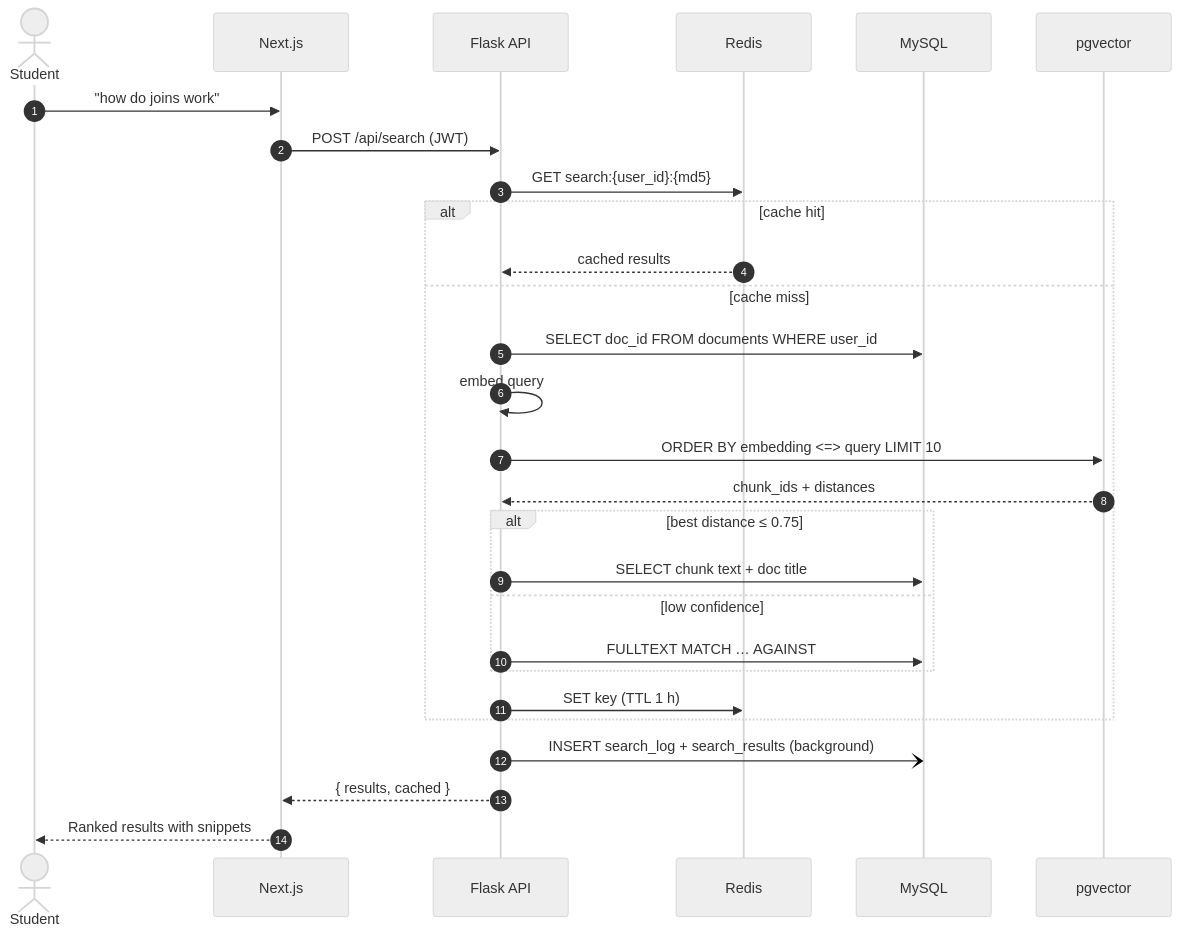
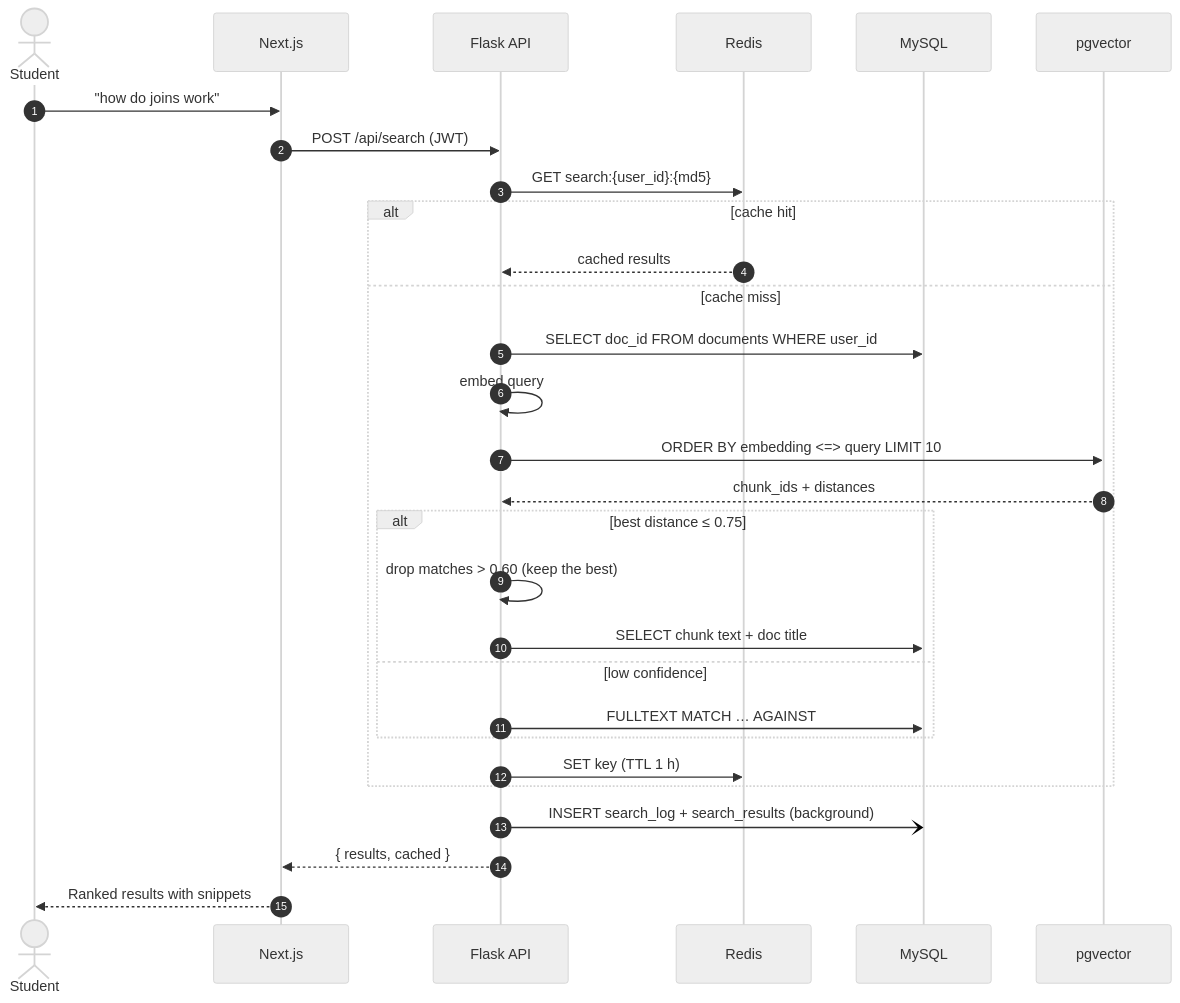
One commit to TahirSiddique092/prism changed the eighth of 8 diagrams in docs/data/nosql-schema.md. Above: the diagram before and after it, drawn with Mermaid (neutral theme). The commit also changed other lines of this file and 10 other files, not shown here.

````diff
--- a/docs/data/nosql-schema.md
+++ b/docs/data/nosql-schema.md
@@ -399,31 +400,32 @@
 ```mermaid
 sequenceDiagram
     autonumber
     actor S as Student
     participant FE as Next.js
     participant API as Flask API
     participant RD as Redis
     participant MY as MySQL
     participant PG as pgvector
 
     S->>FE: "how do joins work"
     FE->>API: POST /api/search (JWT)
     API->>RD: GET search:{user_id}:{md5}
     alt cache hit
         RD-->>API: cached results
     else cache miss
         API->>MY: SELECT doc_id FROM documents WHERE user_id
         API->>API: embed query
         API->>PG: ORDER BY embedding <=> query LIMIT 10
         PG-->>API: chunk_ids + distances
         alt best distance ≤ 0.75
+            API->>API: drop matches > 0.60 (keep the best)
             API->>MY: SELECT chunk text + doc title
         else low confidence
             API->>MY: FULLTEXT MATCH … AGAINST
         end
         API->>RD: SET key (TTL 1 h)
     end
     API-)MY: INSERT search_log + search_results (background)
     API-->>FE: { results, cached }
     FE-->>S: Ranked results with snippets
 ```
````
